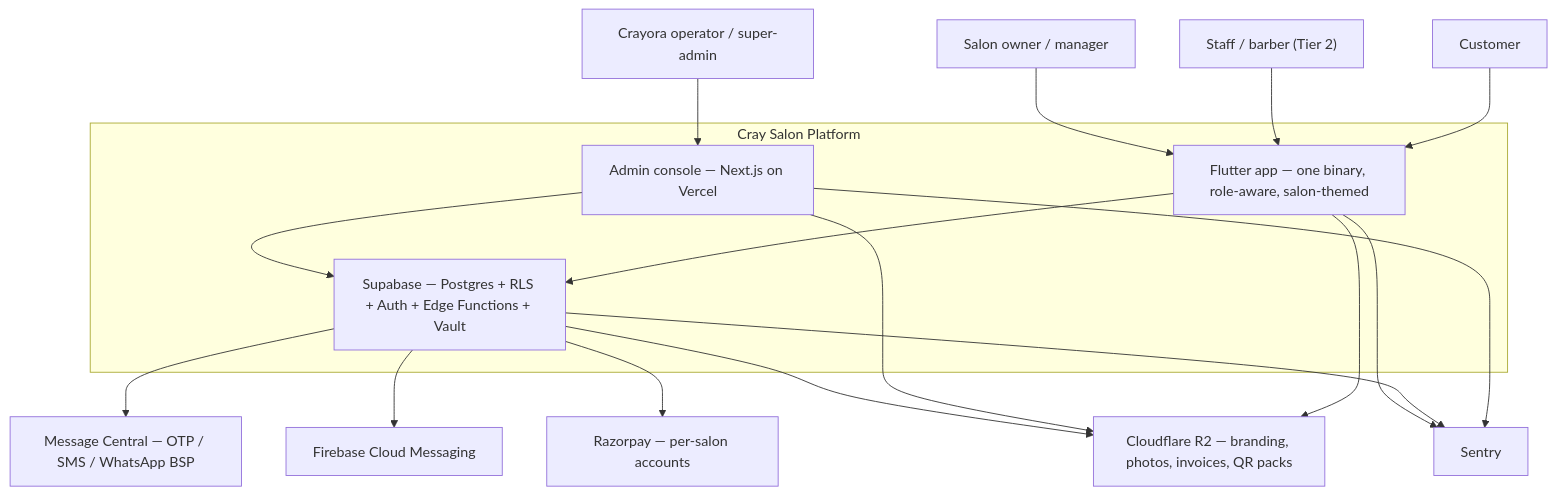
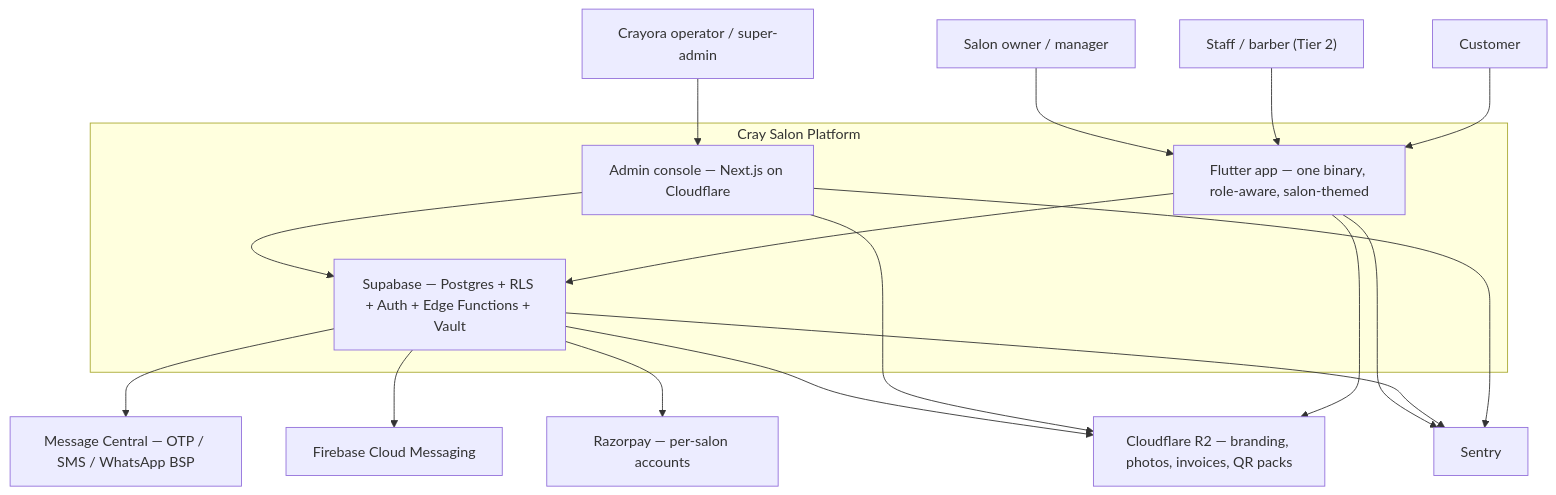
The first of 2 diagrams in ARCHITECTURE.md (wearecrayora/Craysaloon), drawn with Mermaid before and after one commit. The commit also changed other lines of this file and 28 other files, not shown here.

````diff
--- a/ARCHITECTURE.md
+++ b/ARCHITECTURE.md
@@ -94,35 +94,35 @@
 ```mermaid
 graph TB
     OP["Crayora operator / super-admin"]
     O["Salon owner / manager"]
     S["Staff / barber (Tier 2)"]
     C["Customer"]
 
     subgraph CS["Cray Salon Platform"]
-      ADM["Admin console — Next.js on Vercel"]
+      ADM["Admin console — Next.js on Cloudflare"]
       APP["Flutter app — one binary, role-aware, salon-themed"]
       BE["Supabase — Postgres + RLS + Auth + Edge Functions + Vault"]
     end
 
     MC["Message Central — OTP / SMS / WhatsApp BSP"]
     FCM["Firebase Cloud Messaging"]
     RZP["Razorpay — per-salon accounts"]
     R2["Cloudflare R2 — branding, photos, invoices, QR packs"]
     SEN["Sentry"]
 
     OP --> ADM
     O --> APP
     S --> APP
     C --> APP
     ADM --> BE
     APP --> BE
     BE --> MC
     BE --> FCM
     BE --> RZP
     BE --> R2
     ADM --> R2
     APP --> R2
     APP --> SEN
     BE --> SEN
     ADM --> SEN
 ```
````
